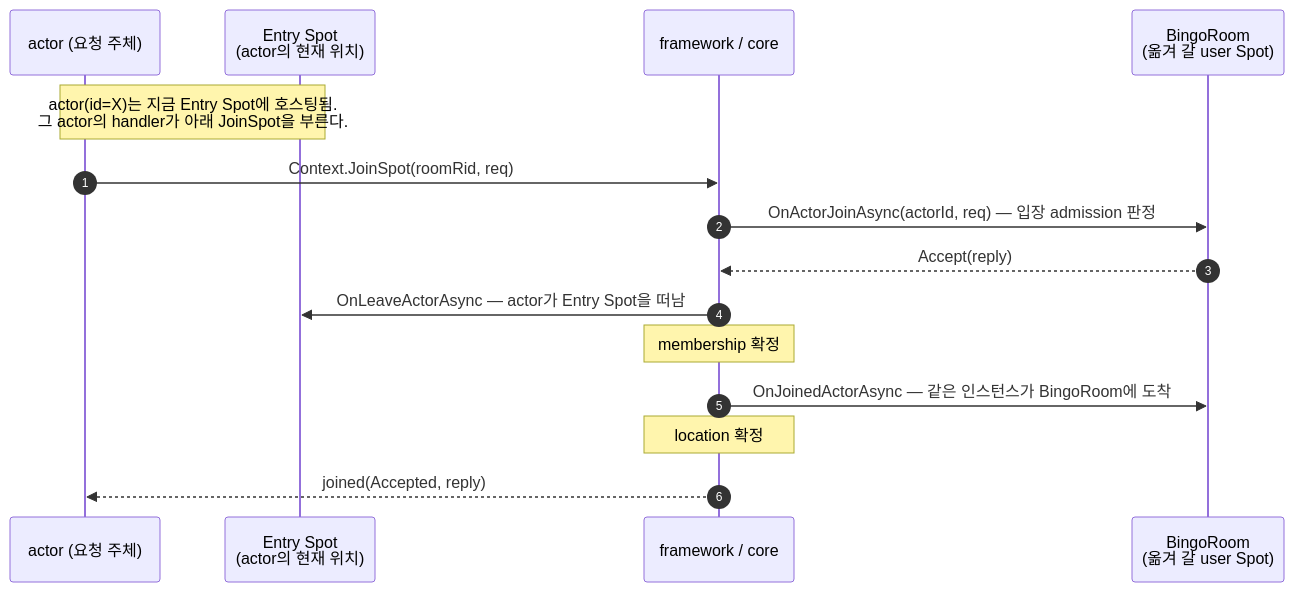
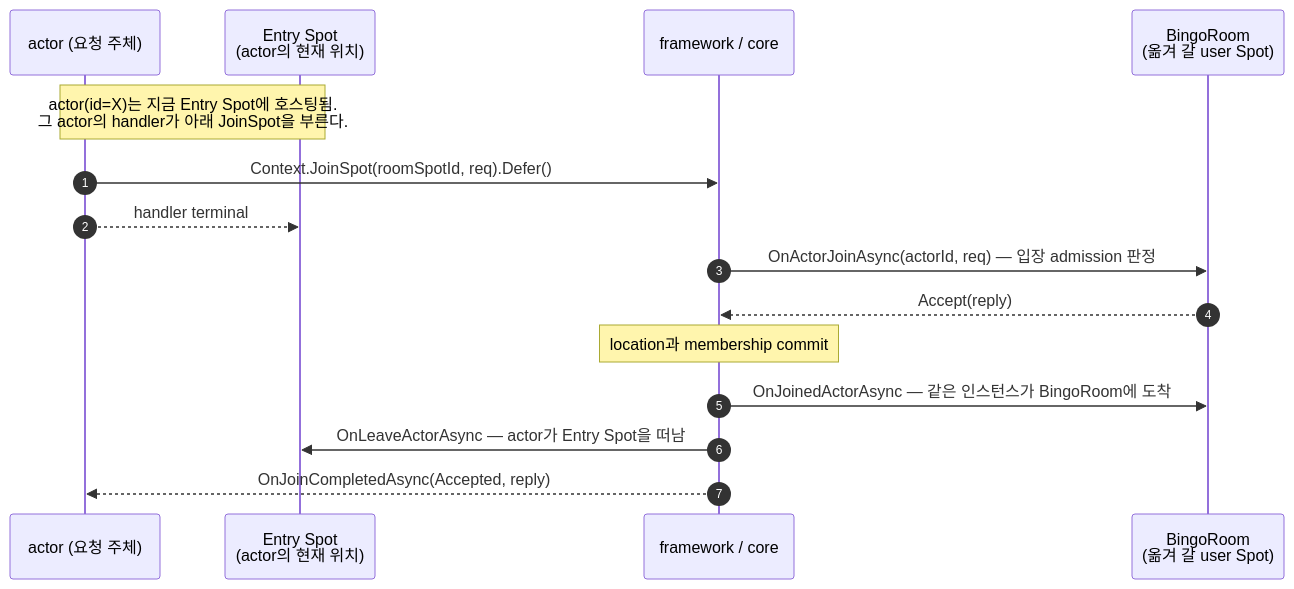
Before and after one commit to kairos-code-dev/zlink: the fourth of 5 diagrams in framework/doc/framework/dotnet/guide/07-actor-spot.ko.md, drawn with Mermaid. The commit also changed other lines of this file and 73 other files, not shown here.

````diff
--- a/framework/doc/framework/dotnet/guide/07-actor-spot.ko.md
+++ b/framework/doc/framework/dotnet/guide/07-actor-spot.ko.md
@@ -276,17 +275,17 @@
 ```mermaid
 sequenceDiagram
   autonumber
   participant A as actor (요청 주체)
   participant E as Entry Spot<br/>(actor의 현재 위치)
   participant FW as framework / core
   participant R as BingoRoom<br/>(옮겨 갈 user Spot)
   Note over A,E: actor(id=X)는 지금 Entry Spot에 호스팅됨.<br/>그 actor의 handler가 아래 JoinSpot을 부른다.
-  A->>FW: Context.JoinSpot(roomRid, req)
+  A->>FW: Context.JoinSpot(roomSpotId, req).Defer()
+  A-->>E: handler terminal
   FW->>R: OnActorJoinAsync(actorId, req) — 입장 admission 판정
   R-->>FW: Accept(reply)
+  Note over FW: location과 membership commit
+  FW->>R: OnJoinedActorAsync — 같은 인스턴스가 BingoRoom에 도착
   FW->>E: OnLeaveActorAsync — actor가 Entry Spot을 떠남
-  Note over FW: membership 확정
-  FW->>R: OnJoinedActorAsync — 같은 인스턴스가 BingoRoom에 도착
-  Note over FW: location 확정
-  FW-->>A: joined(Accepted, reply)
+  FW-->>A: OnJoinCompletedAsync(Accepted, reply)
 ```
````
